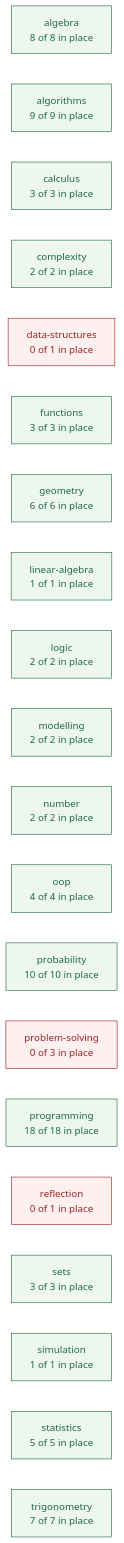
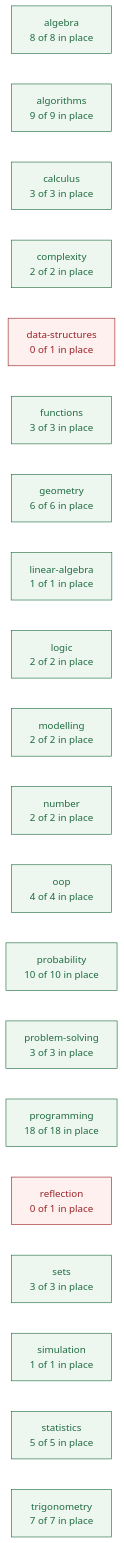
The first of 3 diagrams in planning/CURRICULUM_MAP.md (deweydex/dewlab), drawn with Mermaid before and after one commit. The commit also changed other lines of this file and 6 other files, not shown here.

````diff
--- a/planning/CURRICULUM_MAP.md
+++ b/planning/CURRICULUM_MAP.md
@@ -52,29 +52,29 @@
 ```mermaid
 graph LR
   algebra["algebra<br/>8 of 8 in place"]
   algorithms["algorithms<br/>9 of 9 in place"]
   calculus["calculus<br/>3 of 3 in place"]
   complexity["complexity<br/>2 of 2 in place"]
   data_structures["data-structures<br/>0 of 1 in place"]
   functions["functions<br/>3 of 3 in place"]
   geometry["geometry<br/>6 of 6 in place"]
   linear_algebra["linear-algebra<br/>1 of 1 in place"]
   logic["logic<br/>2 of 2 in place"]
   modelling["modelling<br/>2 of 2 in place"]
   number["number<br/>2 of 2 in place"]
   oop["oop<br/>4 of 4 in place"]
   probability["probability<br/>10 of 10 in place"]
-  problem_solving["problem-solving<br/>0 of 3 in place"]
+  problem_solving["problem-solving<br/>3 of 3 in place"]
   programming["programming<br/>18 of 18 in place"]
   reflection["reflection<br/>0 of 1 in place"]
   sets["sets<br/>3 of 3 in place"]
   simulation["simulation<br/>1 of 1 in place"]
   statistics["statistics<br/>5 of 5 in place"]
   trigonometry["trigonometry<br/>7 of 7 in place"]
 
   classDef full fill:#edf7f0,stroke:#1f6b3f,color:#1f6b3f;
   classDef part fill:#fdf6ec,stroke:#b5651d,color:#7a4310;
   classDef none fill:#fdf0ef,stroke:#9b2226,color:#9b2226;
-  class algebra,algorithms,calculus,complexity,functions,geometry,linear_algebra,logic,modelling,number,oop,probability,programming,sets,simulation,statistics,trigonometry full;
-  class data_structures,problem_solving,reflection none;
+  class algebra,algorithms,calculus,complexity,functions,geometry,linear_algebra,logic,modelling,number,oop,probability,problem_solving,programming,sets,simulation,statistics,trigonometry full;
+  class data_structures,reflection none;
 ```
````
